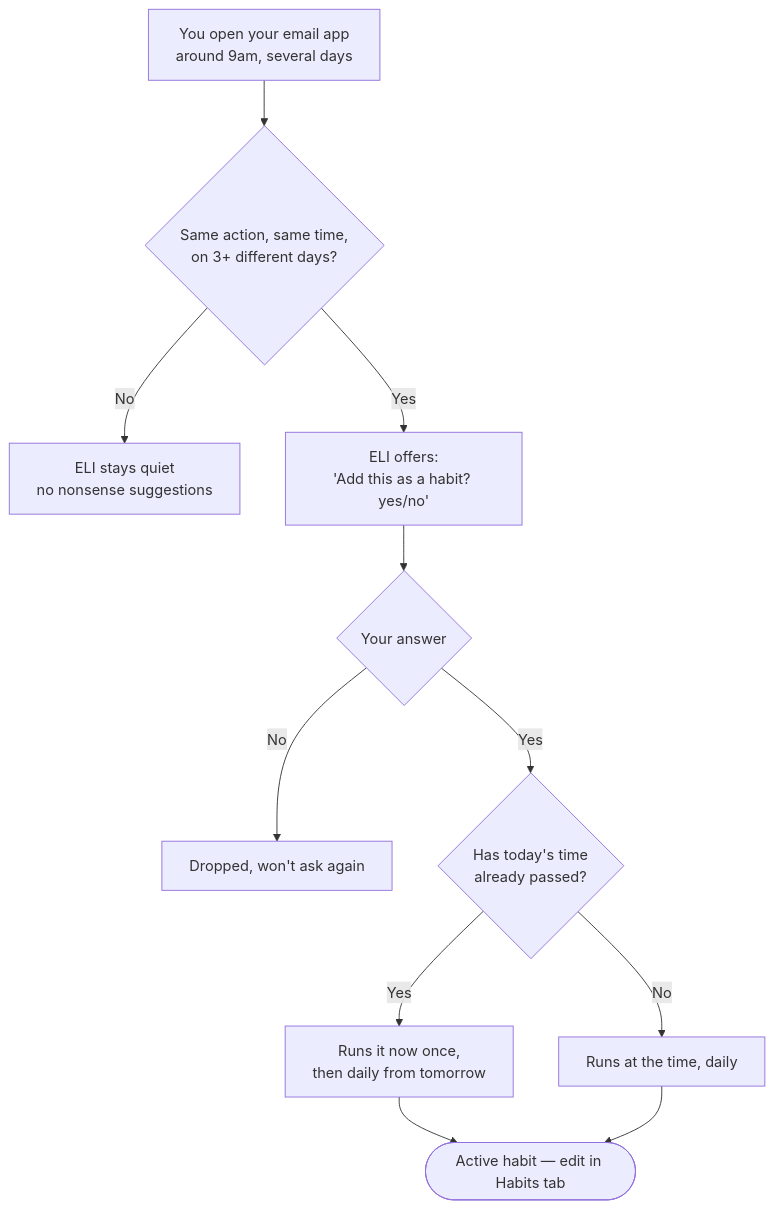
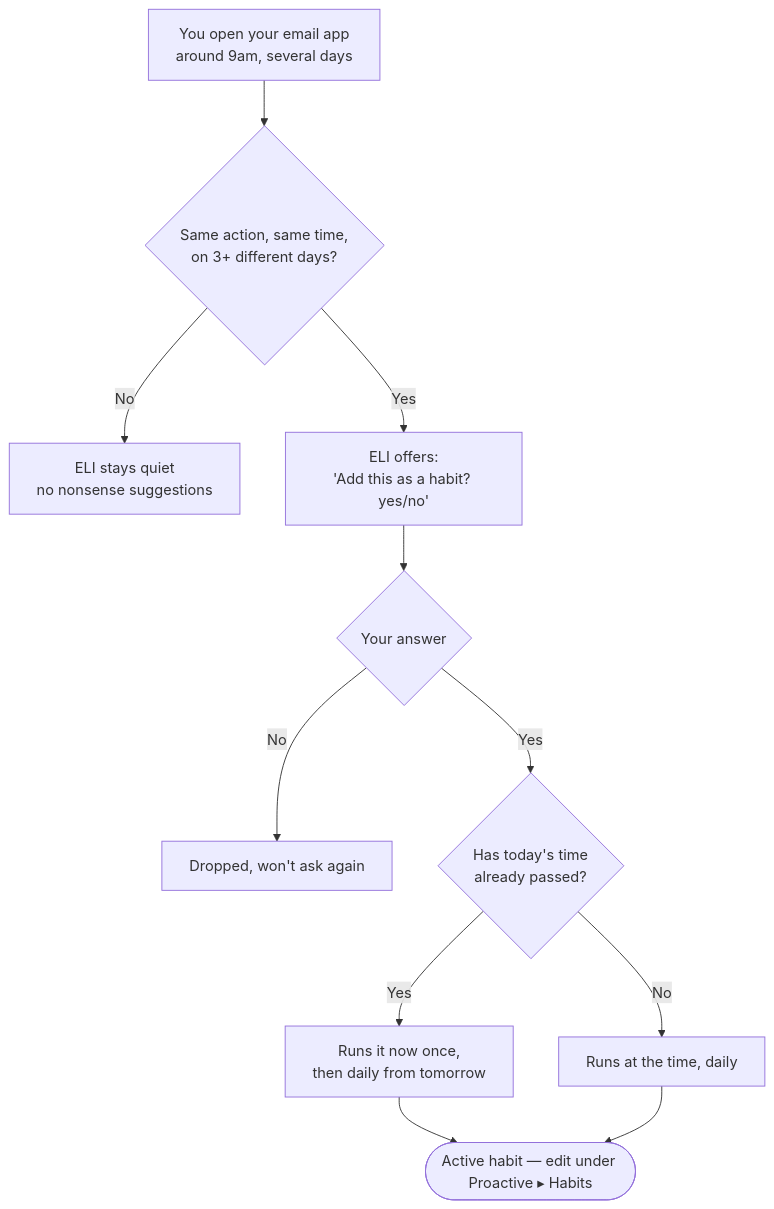
The fifth of 11 diagrams in blueprints/ELI_USER_MANUAL.md (ShadowESC95/ELI_v2.0), drawn with Mermaid before and after one commit. The commit also changed other lines of this file and 115 other files, not shown here.

````diff
--- a/blueprints/ELI_USER_MANUAL.md
+++ b/blueprints/ELI_USER_MANUAL.md
@@ -492,13 +543,13 @@
 ```mermaid
 flowchart TD
     A[You open your email app<br/>around 9am, several days] --> B{Same action, same time,<br/>on 3+ different days?}
     B -->|No| X[ELI stays quiet<br/>no nonsense suggestions]
     B -->|Yes| C[ELI offers:<br/>'Add this as a habit? yes/no']
     C --> D{Your answer}
     D -->|No| E[Dropped, won't ask again]
     D -->|Yes| F{Has today's time<br/>already passed?}
     F -->|Yes| G[Runs it now once,<br/>then daily from tomorrow]
     F -->|No| H[Runs at the time, daily]
-    G --> I([Active habit — edit in Habits tab])
+    G --> I([Active habit — edit under Proactive ▸ Habits])
     H --> I
 ```
````
